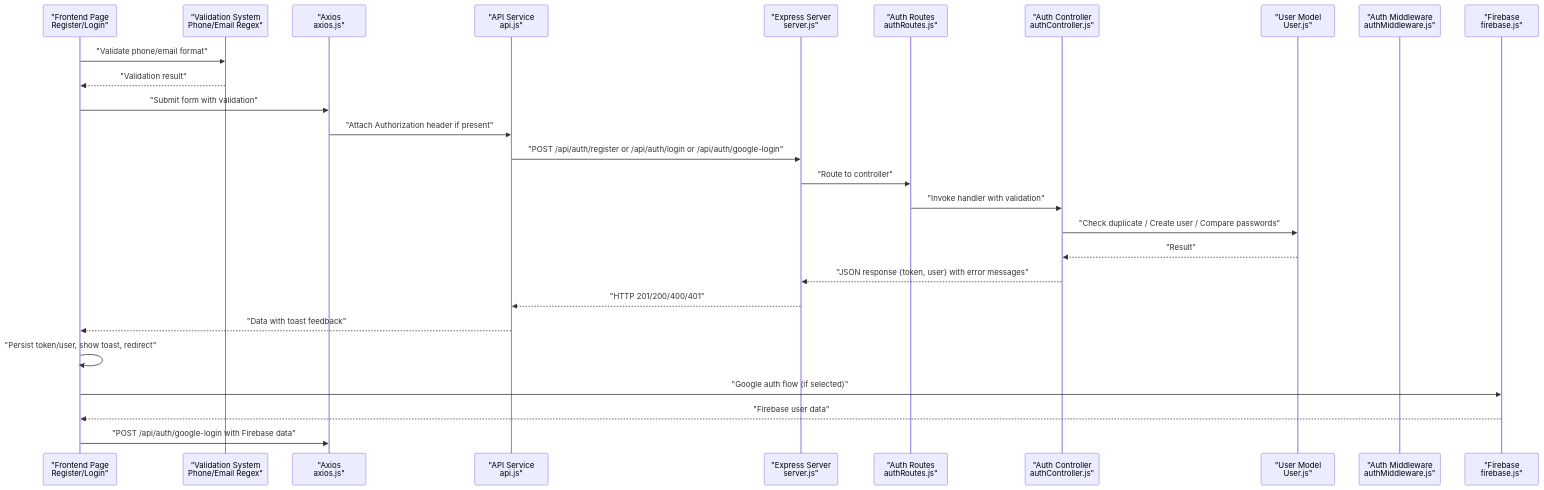
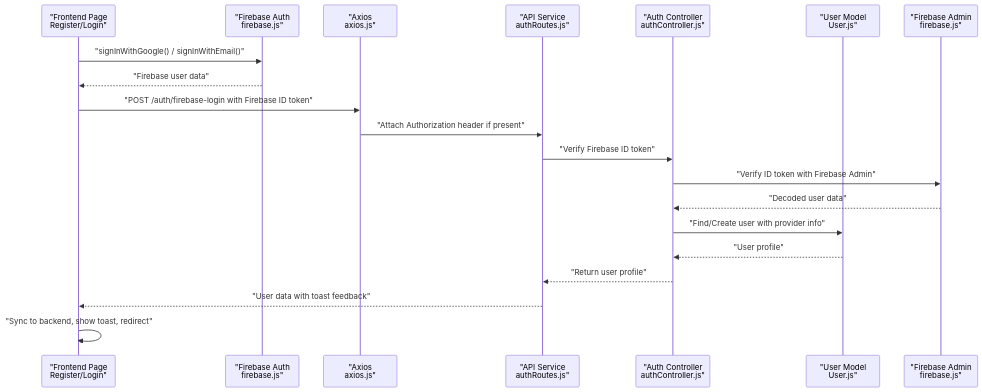
One commit to Pavan-PSPK9032/TrendsandToss changed the second of 7 diagrams in .qoder/repowiki/en/content/Authentication & Authorization/Login & Registration Process.md. Above: the diagram before and after it, drawn with Mermaid. The commit also changed other lines of this file and 9 other files, not shown here.

````diff
--- a/.qoder/repowiki/en/content/Authentication & Authorization/Login & Registration Process.md
+++ b/.qoder/repowiki/en/content/Authentication & Authorization/Login & Registration Process.md
@@ -146,29 +130,22 @@
 ```mermaid
 sequenceDiagram
 participant FE as "Frontend Page<br/>Register/Login"
-participant VAL as "Validation System<br/>Phone/Email Regex"
+participant FIRE as "Firebase Auth<br/>firebase.js"
 participant AX as "Axios<br/>axios.js"
-participant API as "API Service<br/>api.js"
-participant SRV as "Express Server<br/>server.js"
-participant RT as "Auth Routes<br/>authRoutes.js"
+participant API as "API Service<br/>authRoutes.js"
 participant CTRL as "Auth Controller<br/>authController.js"
 participant MDL as "User Model<br/>User.js"
-participant MW as "Auth Middleware<br/>authMiddleware.js"
-participant FIRE as "Firebase<br/>firebase.js"
-FE->>VAL : "Validate phone/email format"
-VAL-->>FE : "Validation result"
-FE->>AX : "Submit form with validation"
+participant FBA as "Firebase Admin<br/>firebase.js"
+FE->>FIRE : "signInWithGoogle() / signInWithEmail()"
+FIRE-->>FE : "Firebase user data"
+FE->>AX : "POST /auth/firebase-login with Firebase ID token"
 AX->>API : "Attach Authorization header if present"
-API->>SRV : "POST /api/auth/register or /api/auth/login or /api/auth/google-login"
-SRV->>RT : "Route to controller"
-RT->>CTRL : "Invoke handler with validation"
-CTRL->>MDL : "Check duplicate / Create user / Compare passwords"
-MDL-->>CTRL : "Result"
-CTRL-->>SRV : "JSON response {token, user} with error messages"
-SRV-->>API : "HTTP 201/200/400/401"
-API-->>FE : "Data with toast feedback"
-FE->>FE : "Persist token/user, show toast, redirect"
-FE->>FIRE : "Google auth flow (if selected)"
-FIRE-->>FE : "Firebase user data"
-FE->>AX : "POST /api/auth/google-login with Firebase data"
+API->>CTRL : "Verify Firebase ID token"
+CTRL->>FBA : "Verify ID token with Firebase Admin"
+FBA-->>CTRL : "Decoded user data"
+CTRL->>MDL : "Find/Create user with provider info"
+MDL-->>CTRL : "User profile"
+CTRL-->>API : "Return user profile"
+API-->>FE : "User data with toast feedback"
+FE->>FE : "Sync to backend, show toast, redirect"
 ```
````
